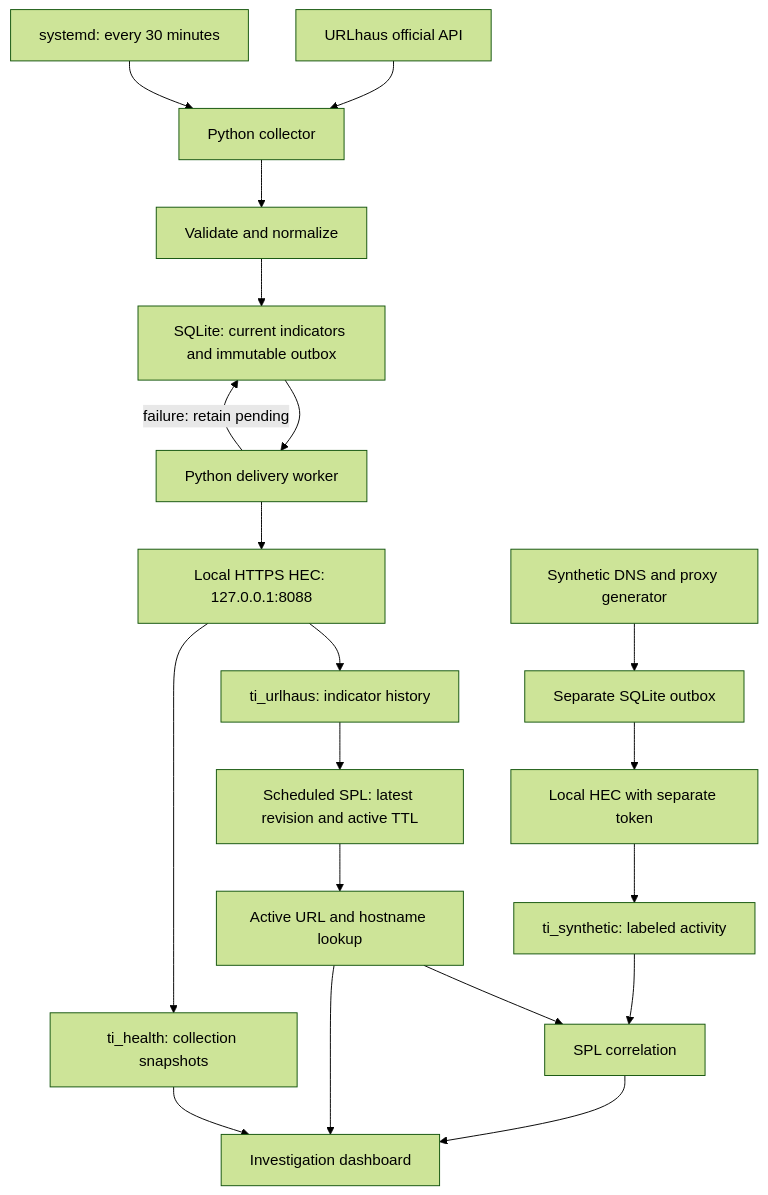
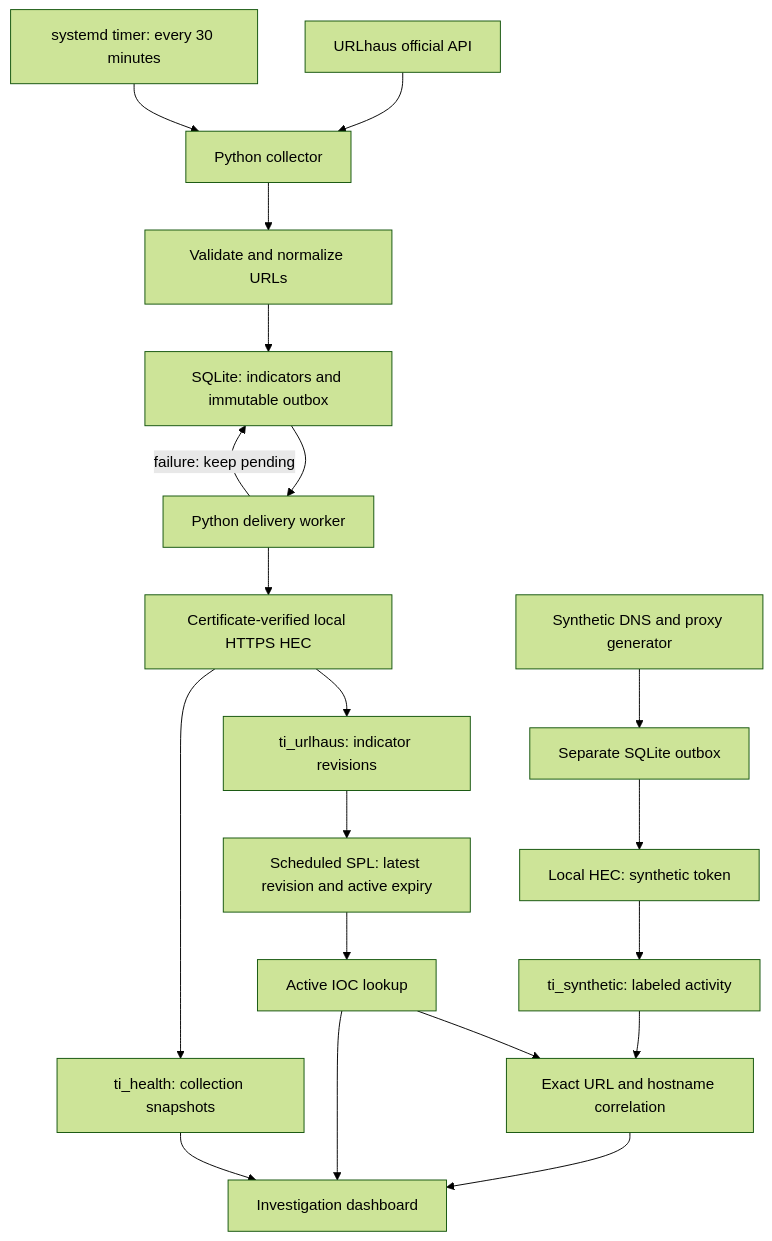
One commit to MUSFIRA-ZAFAR/urlhaus-splunk-threat-intelligence changed the diagram in README.md. Above: the diagram before and after it, drawn with Mermaid (forest theme). The commit also changed other lines of this file and 2 other files, not shown here.

````diff
--- a/README.md
+++ b/README.md
@@ -35,22 +58,22 @@
 ```mermaid
 flowchart TD
     API["URLhaus official API"] --> COL["Python collector"]
-    TIMER["systemd: every 30 minutes"] --> COL
-    COL --> VAL["Validate and normalize"]
-    VAL --> DB["SQLite: current indicators and immutable outbox"]
+    TIMER["systemd timer: every 30 minutes"] --> COL
+    COL --> VAL["Validate and normalize URLs"]
+    VAL --> DB["SQLite: indicators and immutable outbox"]
     DB --> SEND["Python delivery worker"]
-    SEND --> HEC["Local HTTPS HEC: 127.0.0.1:8088"]
-    SEND -->|"failure: retain pending"| DB
-    HEC --> TI["ti_urlhaus: indicator history"]
+    SEND --> HEC["Certificate-verified local HTTPS HEC"]
+    SEND -->|"failure: keep pending"| DB
+    HEC --> TI["ti_urlhaus: indicator revisions"]
     HEC --> HEALTH["ti_health: collection snapshots"]
-    TI --> REPORT["Scheduled SPL: latest revision and active TTL"]
-    REPORT --> LOOKUP["Active URL and hostname lookup"]
+    TI --> REFRESH["Scheduled SPL: latest revision and active expiry"]
+    REFRESH --> LOOKUP["Active IOC lookup"]
     GEN["Synthetic DNS and proxy generator"] --> SYNDB["Separate SQLite outbox"]
-    SYNDB --> SYNHEC["Local HEC with separate token"]
+    SYNDB --> SYNHEC["Local HEC: synthetic token"]
     SYNHEC --> ACT["ti_synthetic: labeled activity"]
-    LOOKUP --> CORR["SPL correlation"]
+    LOOKUP --> CORR["Exact URL and hostname correlation"]
     ACT --> CORR
     CORR --> DASH["Investigation dashboard"]
     HEALTH --> DASH
     LOOKUP --> DASH
 ```
````
